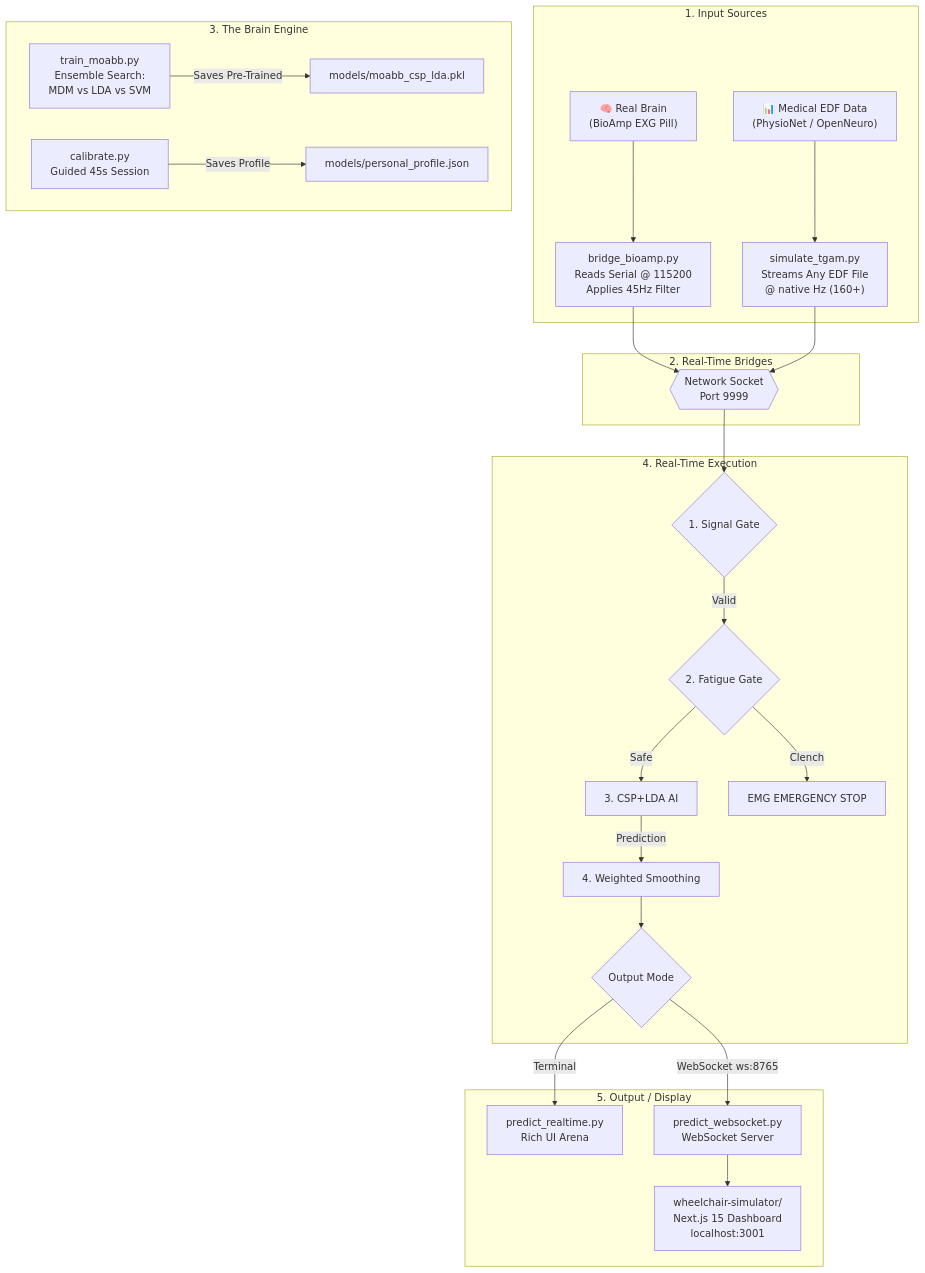
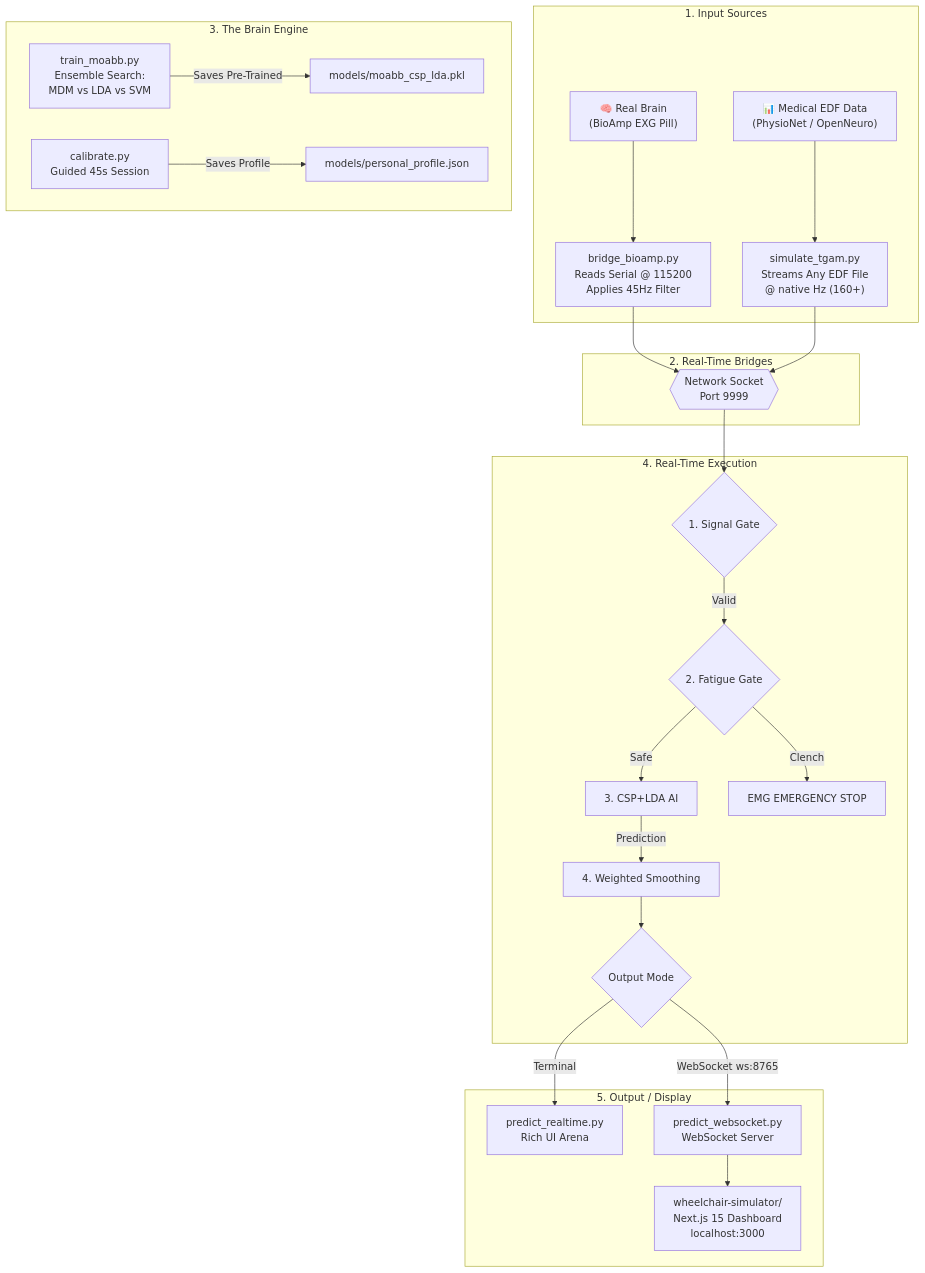
One commit to NAVEENKCG/Mind_Wave_AImodel changed the first of 7 diagrams in ARCHITECTURE.md. Above: the diagram before and after it, drawn with Mermaid. The commit also changed other lines of this file and 5 other files, not shown here.

Commit message:
docs: consolidate architecture and update README instructions

````diff
--- a/ARCHITECTURE.md
+++ b/ARCHITECTURE.md
@@ -9,42 +9,42 @@
 ```mermaid
 flowchart TD
     %% Input Layer
     subgraph INPUT["1. Input Sources"]
         A1["🧠 Real Brain<br/>(BioAmp EXG Pill)"] --> B1
         A2["📊 Medical EDF Data<br/>(PhysioNet / OpenNeuro)"] --> B2
     end
 
     %% Signal Processing Layer
     subgraph BRIDGES["2. Real-Time Bridges"]
         B1["bridge_bioamp.py<br/>Reads Serial @ 115200<br/>Applies 45Hz Filter"]
         B2["simulate_tgam.py<br/>Streams Any EDF File<br/>@ native Hz (160+)"]
         B1 --> SOCKET
         B2 --> SOCKET
         SOCKET{{"Network Socket<br/>Port 9999"}}
     end
 
     %% AI Learning Layer
     subgraph AI["3. The Brain Engine"]
         T["train_moabb.py<br/>Ensemble Search:<br/>MDM vs LDA vs SVM"]
         T -->|Saves Pre-Trained| M1["models/moabb_csp_lda.pkl"]
         CAL["calibrate.py<br/>Guided 45s Session"]
         CAL -->|Saves Profile| P1["models/personal_profile.json"]
     end
 
     %% Execution Layer
     subgraph LIVE["4. Real-Time Execution"]
         SOCKET --> GATE{1. Signal Gate}
         GATE --Valid--> FATIGUE{2. Fatigue Gate}
         FATIGUE --Safe--> BRAIN[3. CSP+LDA AI]
         FATIGUE --Clench--> STOP[EMG EMERGENCY STOP]
         BRAIN -->|Prediction| VOTE[4. Weighted Smoothing]
         VOTE --> SPLIT{Output Mode}
     end
 
     %% Output Layer
     subgraph OUTPUT["5. Output / Display"]
         SPLIT -->|Terminal| TERM["predict_realtime.py<br/>Rich UI Arena"]
         SPLIT -->|WebSocket ws:8765| WS["predict_websocket.py<br/>WebSocket Server"]
-        WS --> DASH["wheelchair-simulator/<br/>Next.js 15 Dashboard<br/>localhost:3001"]
+        WS --> DASH["wheelchair-simulator/<br/>Next.js 15 Dashboard<br/>localhost:3000"]
     end
 ```
````
